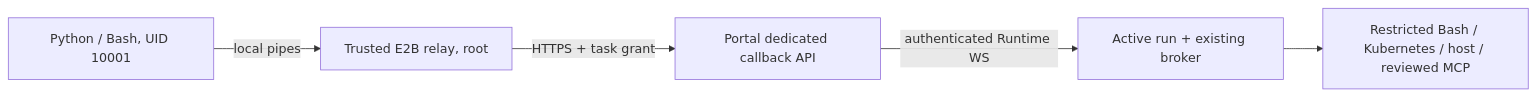
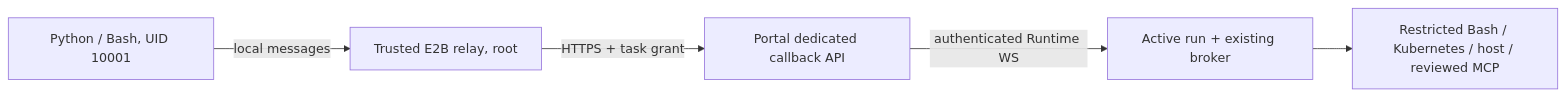
Before and after one commit to TheTechOddBug/siclaw: the second of 2 diagrams in docs/design/script-sandbox.md, drawn with Mermaid. The commit also changed other lines of this file and 65 other files, not shown here.

````diff
--- a/docs/design/script-sandbox.md
+++ b/docs/design/script-sandbox.md
@@ -561,7 +620,7 @@
 ```mermaid
 flowchart LR
-  Code[Python / Bash, UID 10001] -->|local pipes| Relay[Trusted E2B relay, root]
+  Code[Python / Bash, UID 10001] -->|local messages| Relay[Trusted E2B relay, root]
   Relay -->|HTTPS + task grant| Portal[Portal dedicated callback API]
   Portal -->|authenticated Runtime WS| Broker[Active run + existing broker]
   Broker --> Tools[Restricted Bash / Kubernetes / host / reviewed MCP]
 ```
````
